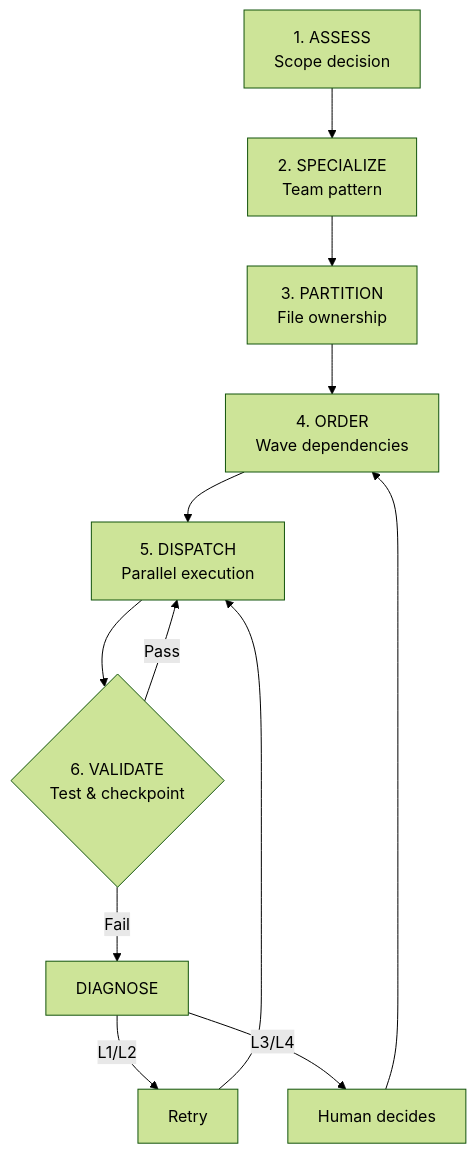
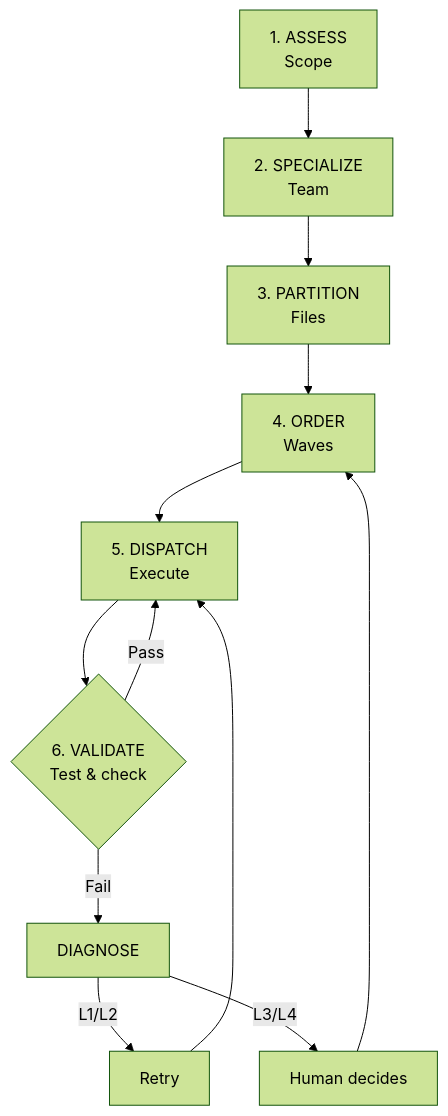
One commit to danielmeppiel/agentic-sdlc-handbook changed the seventh of 7 diagrams in handbook/ch12-multi-agent-orchestration.qmd. Above: the diagram before and after it, drawn with Mermaid (forest theme). The commit also changed other lines of this file and 10 other files, not shown here.

First line of the commit message:
fix: PDF formatting — compact TOC, fix diagrams, table formatting, hooks accuracy

````diff
--- a/handbook/ch12-multi-agent-orchestration.qmd
+++ b/handbook/ch12-multi-agent-orchestration.qmd
@@ -449,18 +445,18 @@
 ```{mermaid}
-%%| fig-width: 5.0
+%%| fig-width: 4.5
 %%| fig-cap: "Complete multi-agent orchestration workflow"
 %%| fig-alt: "Flowchart showing a six-step orchestration workflow: step 1 Assess (Scope decision) flows to step 2 Specialize (Team pattern), then to step 3 Partition (File ownership), then to step 4 Order (Wave dependencies), then to step 5 Dispatch (Parallel execution), then to step 6 Validate (Test and checkpoint). From Validate, Pass loops back to Dispatch for the next wave, and Fail goes to Diagnose. From Diagnose, L1 or L2 issues go to Retry which returns to Dispatch, while L3 or L4 issues go to Human decides which returns to Order for replanning."
 %%| label: fig-orchestration-workflow
 flowchart TD
-    A1["1. ASSESS<br/>Scope decision"] --> A2["2. SPECIALIZE<br/>Team pattern"]
-    A2 --> A3["3. PARTITION<br/>File ownership"]
-    A3 --> A4["4. ORDER<br/>Wave dependencies"]
-    A4 --> A5["5. DISPATCH<br/>Parallel execution"]
-    A5 --> A6{"6. VALIDATE<br/>Test & checkpoint"}
+    A1["1. ASSESS<br/>Scope"] --> A2["2. SPECIALIZE<br/>Team"]
+    A2 --> A3["3. PARTITION<br/>Files"]
+    A3 --> A4["4. ORDER<br/>Waves"]
+    A4 --> A5["5. DISPATCH<br/>Execute"]
+    A5 --> A6{"6. VALIDATE<br/>Test & check"}
     A6 -->|"Pass"| A5
     A6 -->|"Fail"| DX["DIAGNOSE"]
     DX -->|"L1/L2"| RETRY["Retry"]
     DX -->|"L3/L4"| HUMAN["Human decides"]
     RETRY --> A5
     HUMAN --> A4
 ```
````
